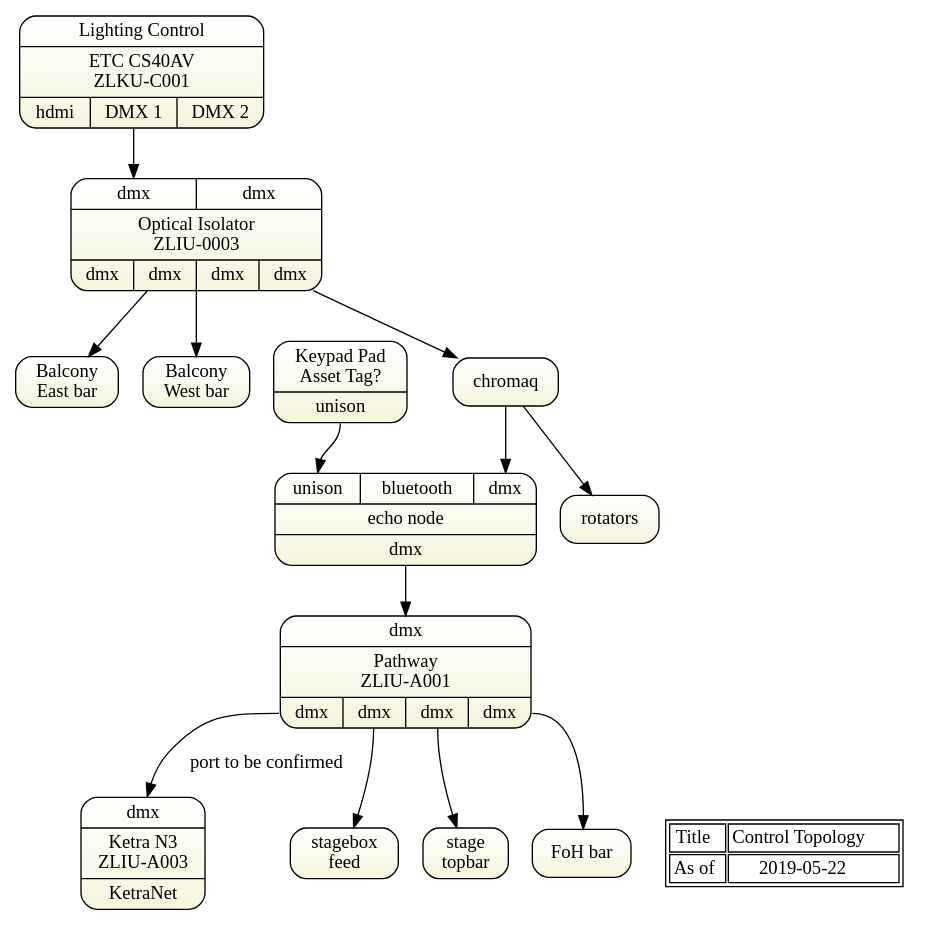
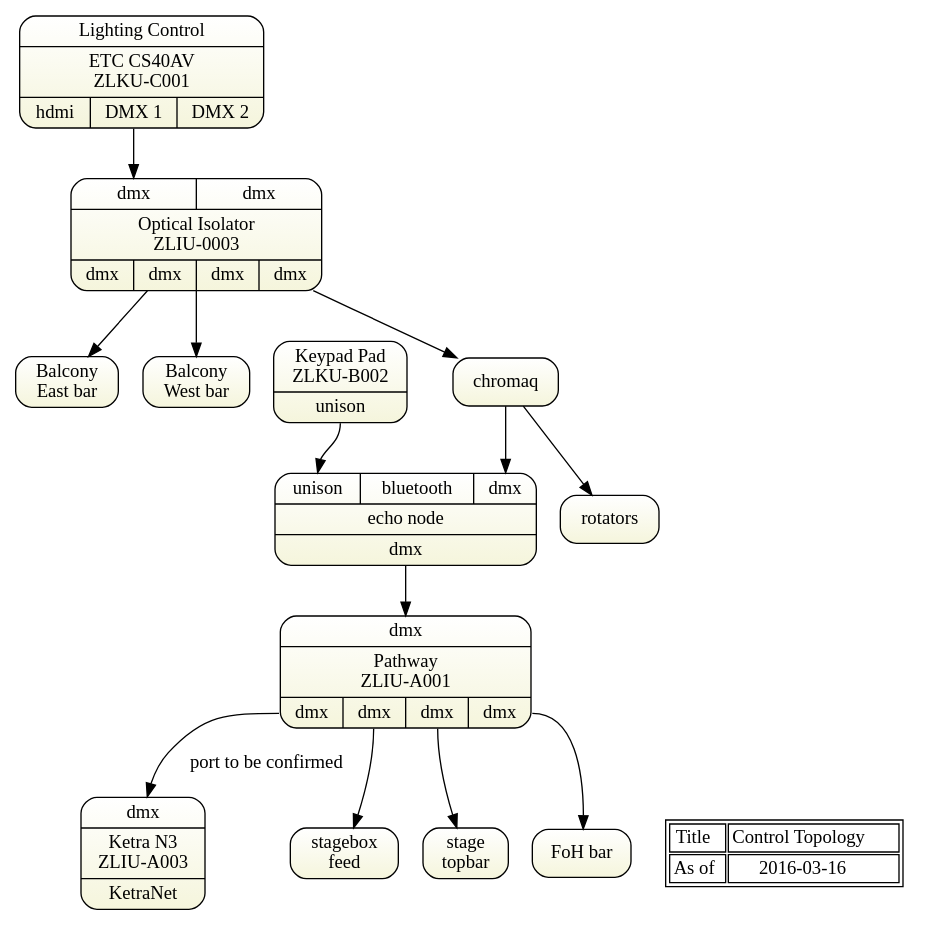
The diagram in gv/sdl-topology1-control.gv (avmaint/uactechdoc), drawn with Graphviz before and after one commit. The commit also changed 1 other file, not shown here.

```diff
--- a/gv/sdl-topology1-control.gv
+++ b/gv/sdl-topology1-control.gv
@@ -1,56 +1,56 @@
 digraph topology1 { 
 graph [overlap = true, fontsize = 10, rankdir=TB 
       tooltip="Control Topology - DMX",
       fontname = Helvetica]
 
 node [shape=Mrecord, tooltip="" , 
       fillcolor="white:beige" , style=filled  
       gradientangle=270]
       
 console [label="{Lighting Control|ETC CS40AV\nZLKU-C001|{<hdmi>hdmi|<dmx1>DMX 1|<dmx2>DMX 2}}"]
 
-keypad [label="{Keypad Pad\nAsset Tag?|<p>unison}"]
+keypad [label="{Keypad Pad\nZLKU-B002|<p>unison}"]
 echo2 [label="{{<p>unison|<bt>bluetooth|<dmx>dmx}|echo node|dmx}"]
 
 keypad:p -> echo2:p  
 
 optoisolator [label="{{<i1>dmx|<i2>dmx}|Optical Isolator\nZLIU-0003|{<o1>dmx|<o2>dmx|<o3>dmx|<o4>dmx}}"]
 
 pathway [label="{<i>dmx|Pathway\nZLIU-A001|{<o1>dmx|<o2>dmx|<o3>dmx|<o4>dmx}}"]
 
 n3 [label="{<i>dmx|Ketra N3\nZLIU-A003|<o>KetraNet}"]
 
 stage [label="stagebox\nfeed"]
 topbar [label="stage\ntopbar"]
 fohbar [label="FoH bar"]
 balebar [label="Balcony\nEast bar"]
 balwbar [label="Balcony\nWest bar"]
 
 optoisolator -> balebar
 optoisolator -> balwbar
 
 optoisolator -> chromaq
 chromaq:o1 -> echo2:dmx
 chromaq -> rotators
 echo2 -> pathway
 
 pathway:o1 -> n3 [label="port to be confirmed"]
 pathway:o2 -> stage
 pathway:o3 -> topbar
 pathway:o4 -> fohbar
 
 console:dmx1 -> optoisolator:i1
 
 Node [shape=plaintext, fillcolor=white]
 stamp [label= <<table>
 <tr><td>Title</td>
     <td>Control Topology</td>
 </tr>    
 <tr><td>As of</td>
-    <td>2019-05-22</td>
+    <td>2016-03-16</td>
 </tr>
    
 </table>> ]  
 
 {rank=same; stamp n3}
  } 
```
